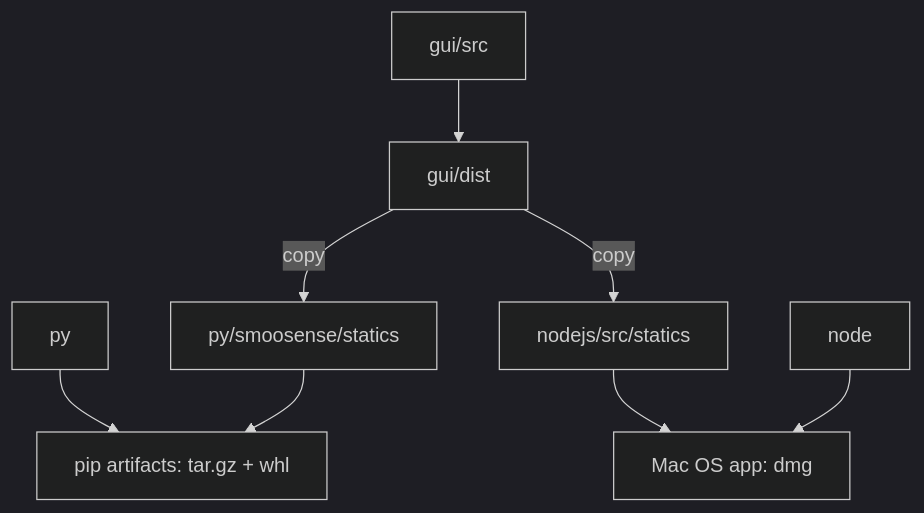
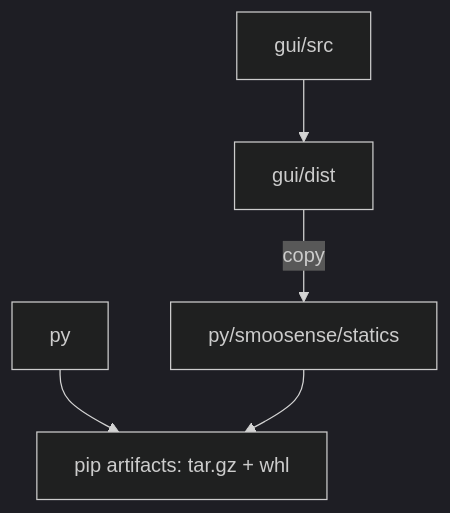
Before and after one commit to SmooSenseAI/smoosense: the diagram in CLAUDE.md, drawn with Mermaid (dark theme). The commit also changed other lines of this file and 4 other files, not shown here.

````diff
--- a/CLAUDE.md
+++ b/CLAUDE.md
@@ -23,10 +25,7 @@
 ```mermaid
 graph
     gui-src[gui/src] --> gui-dist[gui/dist]
     gui-dist --copy--> py-statics[py/smoosense/statics]
     py --> pip[pip artifacts: tar.gz + whl]
     py-statics --> pip
-    gui-dist --copy--> node-statics[nodejs/src/statics]
-    node-statics --> mac[Mac OS app: dmg]
-    node --> mac
 ```
````
